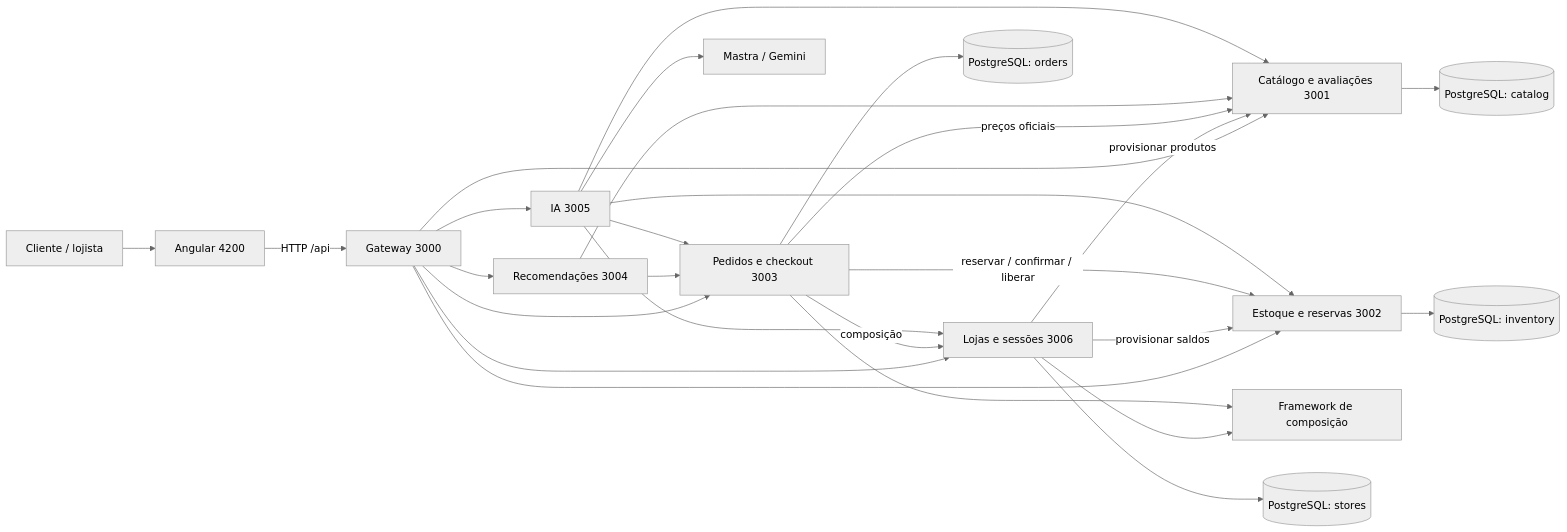
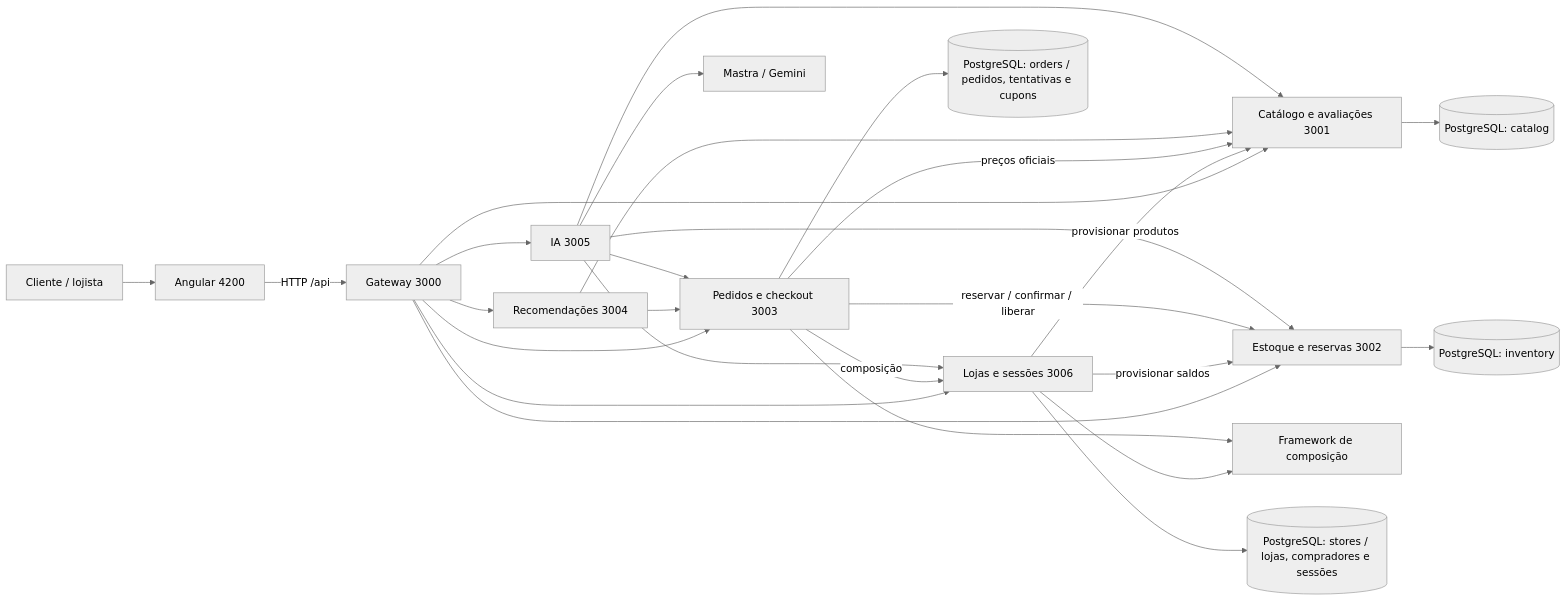
Before and after one commit to CaioMascarenhas/gerar-commerce: the first of 4 diagrams in docs/arquitetura.md, drawn with Mermaid (neutral theme). The commit also changed other lines of this file and 13 other files, not shown here.

````diff
--- a/docs/arquitetura.md
+++ b/docs/arquitetura.md
@@ -11,29 +11,29 @@
 ```mermaid
 flowchart LR
   U[Cliente / lojista] --> A[Angular 4200]
   A -->|HTTP /api| G[Gateway 3000]
   G --> S[Lojas e sessões 3006]
   G --> C[Catálogo e avaliações 3001]
   G --> I[Estoque e reservas 3002]
   G --> O[Pedidos e checkout 3003]
   G --> R[Recomendações 3004]
   G --> AI[IA 3005]
   S --> F[Framework de composição]
   S -->|provisionar produtos| C
   S -->|provisionar saldos| I
   O -->|preços oficiais| C
   O -->|composição| S
   O -->|reservar / confirmar / liberar| I
   O --> F
   R --> C
   R --> O
   AI --> I
   AI --> O
   AI --> C
   AI --> S
   AI --> GEM[Mastra / Gemini]
-  S --> SD[(PostgreSQL: stores)]
+  S --> SD[(PostgreSQL: stores / lojas, compradores e sessões)]
   C --> CD[(PostgreSQL: catalog)]
   I --> ID[(PostgreSQL: inventory)]
-  O --> OD[(PostgreSQL: orders)]
+  O --> OD[(PostgreSQL: orders / pedidos, tentativas e cupons)]
 ```
````
